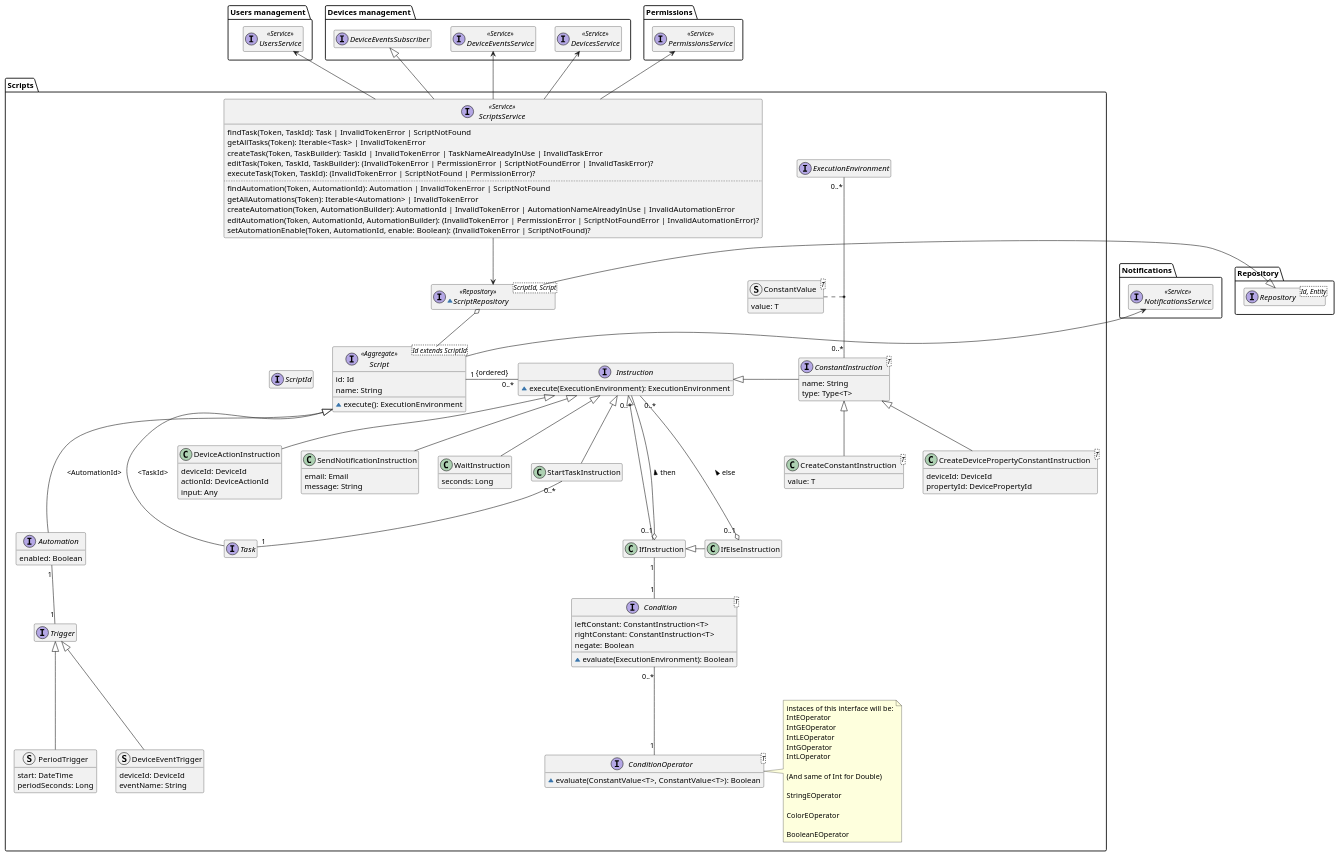
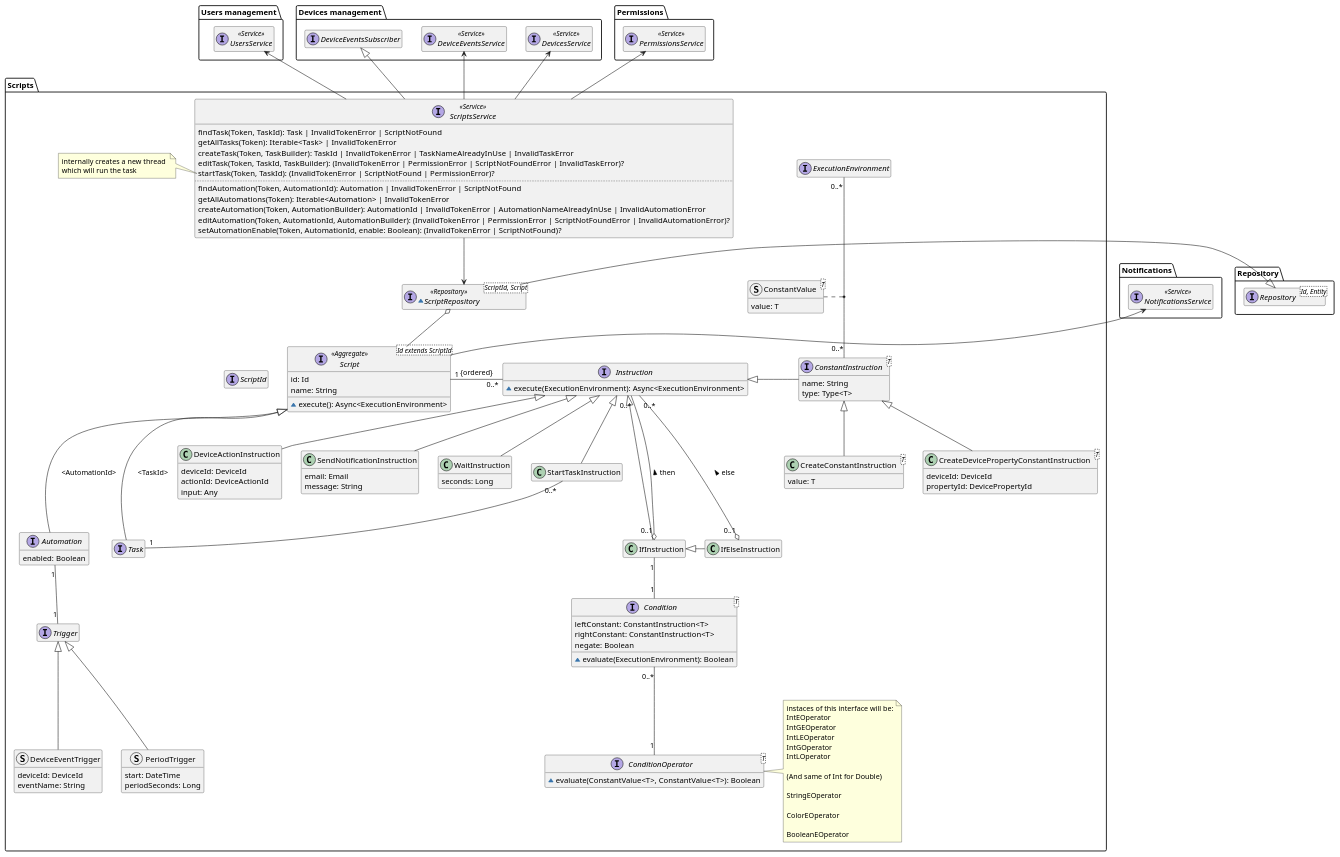
One commit to DomoticASW/.github changed the diagram in diagrams/src/scripts-domain-model.puml. Above: the diagram before and after it, drawn with PlantUML. The commit also changed 1 other file, not shown here.

Commit message:
explicit async methods on scripts

```diff
--- a/diagrams/src/scripts-domain-model.puml
+++ b/diagrams/src/scripts-domain-model.puml
@@ -1,169 +1,174 @@
 @startuml scripts-domain-model
 
 hide empty members
 package Repository{
     interface Repository<Id, Entity>
 }
 
 package "Users management" as UsersManagement {
     interface UsersService <<Service>>
 }
 
 package "Devices management" as DevicesManagement {
     interface DevicesService <<Service>>
     interface DeviceEventsService <<Service>>
     interface DeviceEventsSubscriber
 }
 
 package Permissions {
     interface PermissionsService <<Service>>
 }
 
 package Notifications {
     interface NotificationsService <<Service>>
 }
 
 package "Scripts" {
 
     interface ScriptId
 
     interface Script<Id extends ScriptId> <<Aggregate>> {
         id: Id
         name: String
-        ~execute(): ExecutionEnvironment
+        ~execute(): Async<ExecutionEnvironment>
     }
 
     interface Task
     interface Automation {
         enabled: Boolean
     }
 
     interface Trigger
 
     struct DeviceEventTrigger extends Trigger {
         deviceId: DeviceId
         eventName: String
     }
 
     struct PeriodTrigger extends Trigger {
         start: DateTime
         periodSeconds: Long
     }
 
     interface Instruction {
-        ~execute(ExecutionEnvironment): ExecutionEnvironment
+        ~execute(ExecutionEnvironment): Async<ExecutionEnvironment>
     }
     class StartTaskInstruction extends Instruction
 
     class DeviceActionInstruction extends Instruction {
         deviceId: DeviceId
         actionId: DeviceActionId
         input: Any
     }
 
     class IfInstruction
 
     class IfElseInstruction
 
     class SendNotificationInstruction extends Instruction {
         email: Email
         message: String
     }
 
     class WaitInstruction extends Instruction {
         seconds: Long
     }
 
     interface ConstantInstruction<T> {
         name: String
         type: Type<T>
     }
 
     class CreateDevicePropertyConstantInstruction<T> extends ConstantInstruction {
         deviceId: DeviceId
         propertyId: DevicePropertyId
     }
 
     class CreateConstantInstruction<T> extends ConstantInstruction {
         value: T
     }
 
     interface Condition<T> {
         leftConstant: ConstantInstruction<T>
         rightConstant: ConstantInstruction<T>
         negate: Boolean
         ~evaluate(ExecutionEnvironment): Boolean
     }
 
     interface ConditionOperator<T> {
         ~evaluate(ConstantValue<T>, ConstantValue<T>): Boolean
     }
 
     note right of ConditionOperator
         instaces of this interface will be:
         IntEOperator
         IntGEOperator
         IntLEOperator
         IntGOperator
         IntLOperator
 
         (And same of Int for Double)
 
         StringEOperator
 
         ColorEOperator
 
         BooleanEOperator
     end note
 
     interface ExecutionEnvironment
 
     struct ConstantValue<T> {
         value: T
     }
 
     ExecutionEnvironment "0..*" -- "0..*" ConstantInstruction
     ConstantValue .. (ExecutionEnvironment, ConstantInstruction)
 
     ~interface ScriptRepository<ScriptId, Script> <<Repository>> {
     }
     ScriptRepository -l-|> Repository.Repository
     ScriptRepository o-- Script
 
     interface ScriptsService <<Service>> {
         findTask(Token, TaskId): Task | InvalidTokenError | ScriptNotFound
         getAllTasks(Token): Iterable<Task> | InvalidTokenError
         createTask(Token, TaskBuilder): TaskId | InvalidTokenError | TaskNameAlreadyInUse | InvalidTaskError
         editTask(Token, TaskId, TaskBuilder): (InvalidTokenError | PermissionError | ScriptNotFoundError | InvalidTaskError)?
-        executeTask(Token, TaskId): (InvalidTokenError | ScriptNotFound | PermissionError)?
+        startTask(Token, TaskId): (InvalidTokenError | ScriptNotFound | PermissionError)?
         ..
         findAutomation(Token, AutomationId): Automation | InvalidTokenError | ScriptNotFound
         getAllAutomations(Token): Iterable<Automation> | InvalidTokenError
         createAutomation(Token, AutomationBuilder): AutomationId | InvalidTokenError | AutomationNameAlreadyInUse | InvalidAutomationError
         editAutomation(Token, AutomationId, AutomationBuilder): (InvalidTokenError | PermissionError | ScriptNotFoundError | InvalidAutomationError)?
         setAutomationEnable(Token, AutomationId, enable: Boolean): (InvalidTokenError | ScriptNotFound)?
     }
+
+    note left of ScriptsService::startTask
+        internally creates a new thread 
+        which will run the task
+    end note
 
     Script -l[hidden] ScriptId
     Script <|-- Task : "<TaskId>"
     Script <|--- Automation : "<AutomationId>"
     Automation "1" -- "1" Trigger
     Script "1" -r- "0..*" Instruction : "{ordered}"
     IfInstruction --u-|> Instruction
     IfElseInstruction -l-|> IfInstruction
     IfInstruction "0..1" o-u- "0..*" Instruction : "then >"
     IfInstruction "1" -- "1" Condition
     IfElseInstruction "0..1" o-u- "0..*" Instruction : "else >"
     StartTaskInstruction "0..*" -- "1" Task
     Condition "0..*" -- "1" ConditionOperator
     ConstantInstruction -l-|> Instruction
     ScriptsService --> ScriptRepository
     ScriptsService -u-> Permissions.PermissionsService
     ScriptsService -u-> DevicesManagement.DevicesService
     ScriptsService -u-> DevicesManagement.DeviceEventsService
     ScriptsService -u-|> DevicesManagement.DeviceEventsSubscriber
     ScriptsService -u-> UsersManagement.UsersService
     Script -u-> Notifications.NotificationsService
 }
 
 @enduml
```
